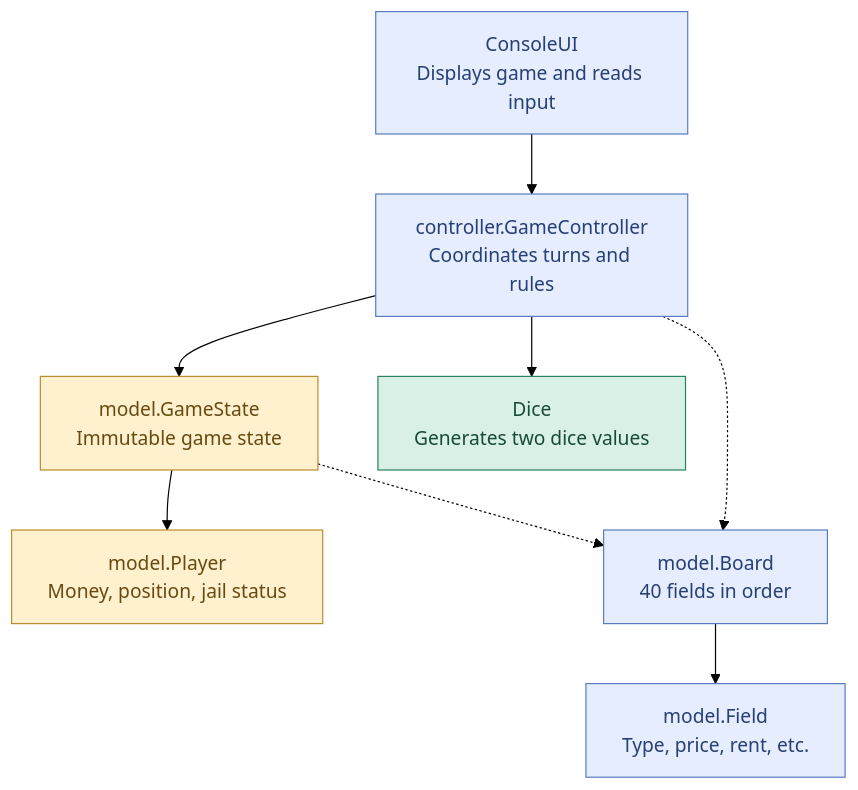
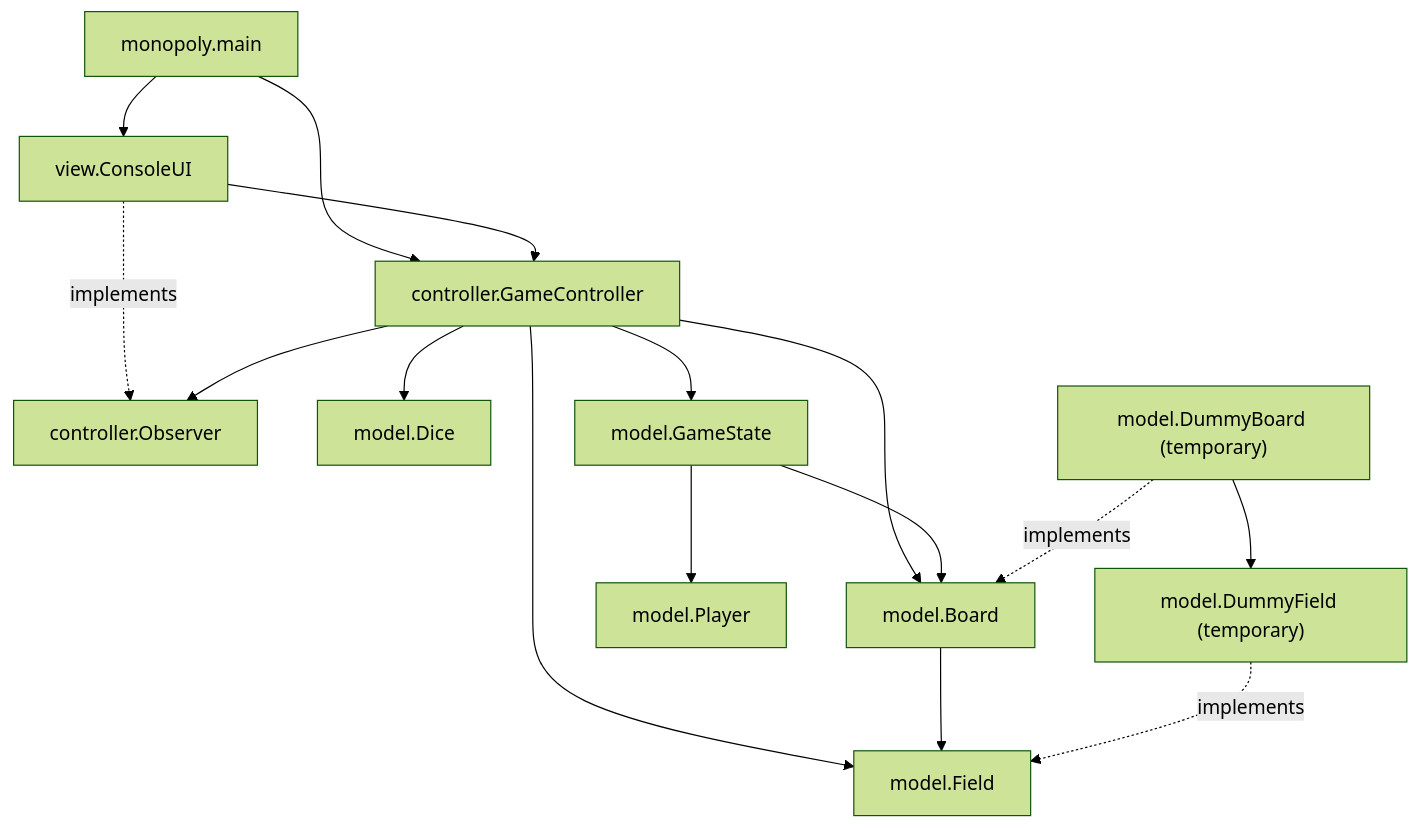
Before and after one commit to ve1lchen/project-monopoly: the first of 2 diagrams in ARCHITECTURE.md, drawn with Mermaid (forest theme). The commit also changed other lines of this file and 1 other file, not shown here.

````diff
--- a/ARCHITECTURE.md
+++ b/ARCHITECTURE.md
@@ -6,26 +17,18 @@
 ```mermaid
 flowchart TD
-    UI["ConsoleUI<br/>Displays game and reads input"]
-    GC["controller.GameController<br/>Coordinates turns and rules"]
-    GS["model.GameState<br/>Immutable game state"]
-    D["Dice<br/>Generates two dice values"]
-    P["model.Player<br/>Money, position, jail status"]
-    B["model.Board<br/>40 fields in order"]
-    F["model.Field<br/>Type, price, rent, etc."]
-
+    Main["monopoly.main"] --> UI["view.ConsoleUI"]
+    Main --> GC["controller.GameController"]
     UI --> GC
-    GC --> D
-    GC --> GS
-    GS --> P
-    GS -.-> B
+    UI -. "implements" .-> O["controller.Observer"]
+    GC --> O
+    GC --> D["model.Dice"]
+    GC --> GS["model.GameState"]
+    GC --> B["model.Board"]
+    GC --> F["model.Field"]
+    GS --> P["model.Player"]
+    GS --> B
     B --> F
-    GC -.-> B
-
-    classDef existing fill:#d9f1e5,stroke:#28805b,color:#174b35
-    classDef planned fill:#e5edff,stroke:#577cc0,color:#263f75
-    classDef partial fill:#fff0ce,stroke:#bd8b30,color:#684a10
-
-    class D existing
-    class P,GS partial
-    class UI,GC,B,F planned
+    DB["model.DummyBoard (temporary)"] -. "implements" .-> B
+    DF["model.DummyField (temporary)"] -. "implements" .-> F
+    DB --> DF
 ```
````
